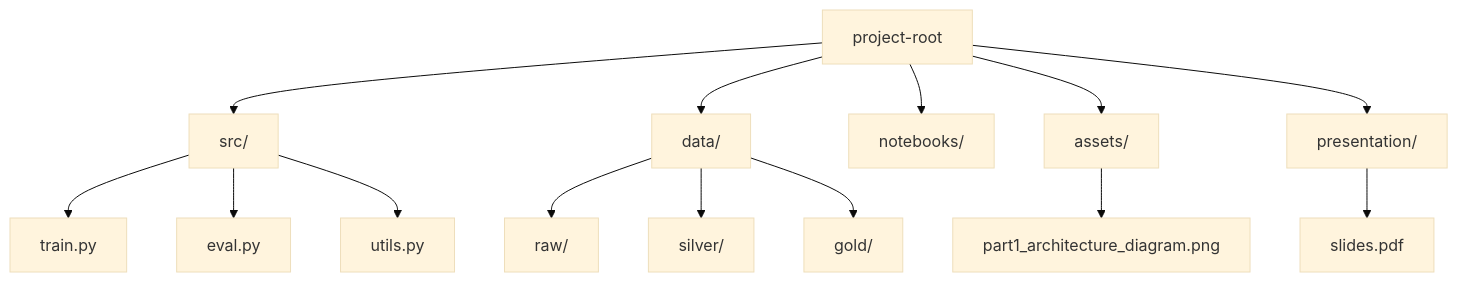
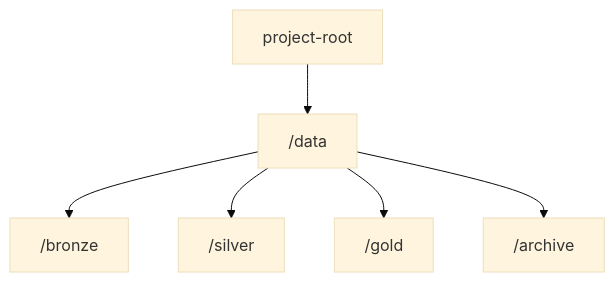
Before and after one commit to Artem-Manin/marktguru-home-assignment: the second of 2 diagrams in md/system_design_and_architecture.md, drawn with Mermaid (base theme). The commit also changed other lines of this file, not shown here.

````diff
--- a/md/system_design_and_architecture.md
+++ b/md/system_design_and_architecture.md
@@ -30,20 +39,9 @@
 ```mermaid
 flowchart TD
     A[project-root]
-    A --> B[src/]
-    A --> C[data/]
-    A --> D[notebooks/]
-    A --> E[assets/]
-    A --> F[presentation/]
-
-    B --> B1[train.py]
-    B --> B2[eval.py]
-    B --> B3[utils.py]
-
-    C --> C1[raw/]
-    C --> C2[silver/]
-    C --> C3[gold/]
-
-    E --> E1[part1_architecture_diagram.png]
-    F --> F1[slides.pdf]
+    A --> B[ /data]
+    B --> B1[ /bronze]
+    B --> B2[ /silver]
+    B --> B3[ /gold]
+    B --> B4[ /archive]
 ```
````
